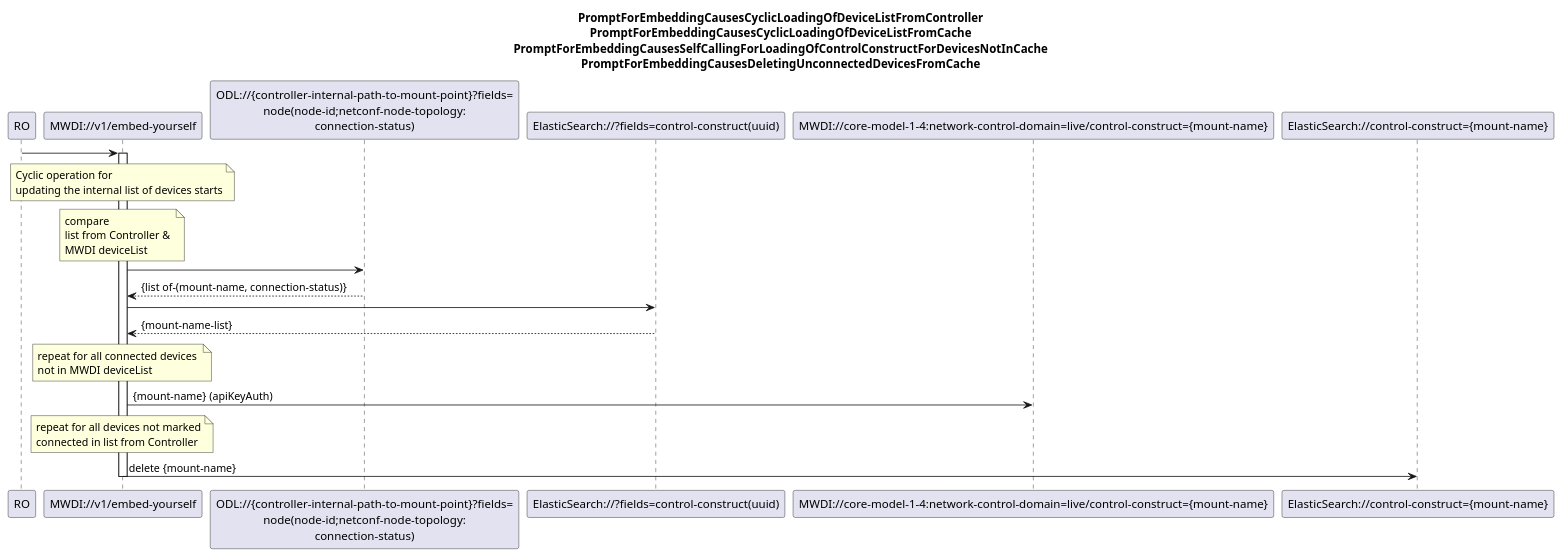
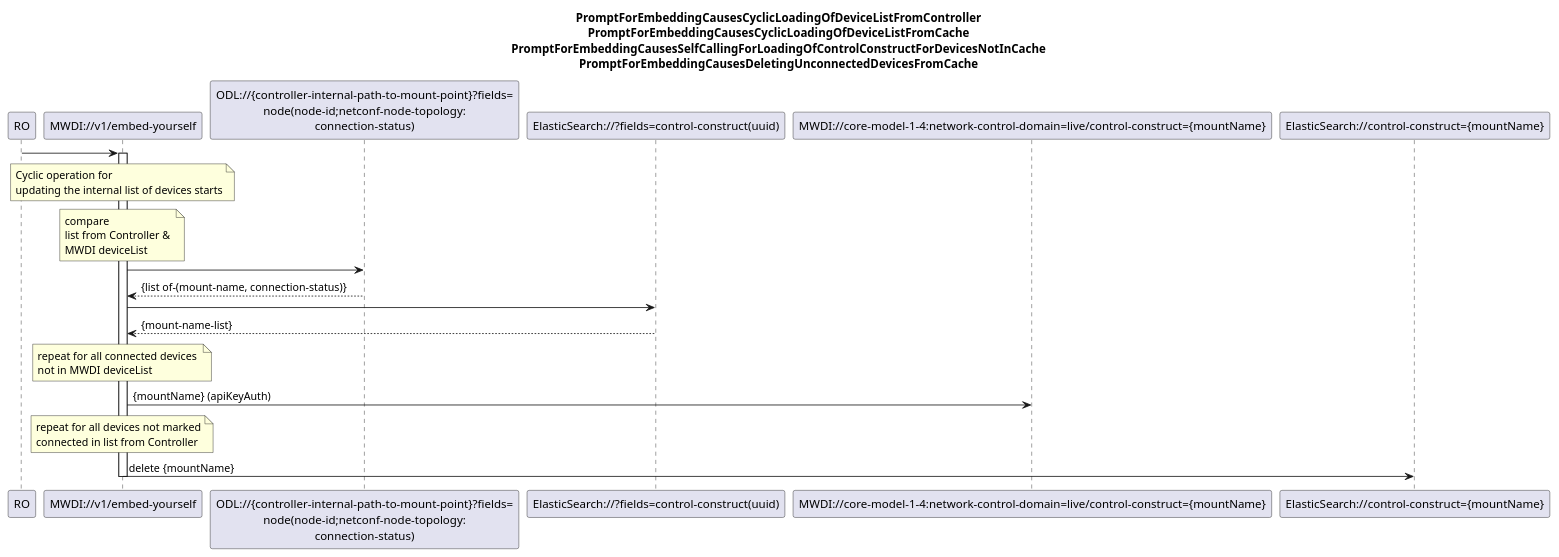
The diagram in spec/diagrams/00x_CyclicOperationBasedDeviceListSync.plantuml (openBackhaul/MicroWaveDeviceInventory), drawn with PlantUML before and after one commit. The commit also changed 11 other files, not shown here.

First line of the commit message:
Replace parameter mount-name by mountName

```diff
--- a/spec/diagrams/00x_CyclicOperationBasedDeviceListSync.plantuml
+++ b/spec/diagrams/00x_CyclicOperationBasedDeviceListSync.plantuml
@@ -1,55 +1,55 @@
 @startuml 00x_CyclicOperationBasedDeviceListSync
 skinparam responseMessageBelowArrow true
 
 title
 PromptForEmbeddingCausesCyclicLoadingOfDeviceListFromController
 PromptForEmbeddingCausesCyclicLoadingOfDeviceListFromCache
 PromptForEmbeddingCausesSelfCallingForLoadingOfControlConstructForDevicesNotInCache
 PromptForEmbeddingCausesDeletingUnconnectedDevicesFromCache
 end title
 
 participant "RO" as ro
 participant "MWDI://v1/embed-yourself" as mwdi
 participant "ODL://{controller-internal-path-to-mount-point}?fields=\nnode(node-id;netconf-node-topology:\nconnection-status)" as odlConnectionStatus
 participant "ElasticSearch://?fields=control-construct(uuid)" as ConnectedDeviceList
-participant "MWDI://core-model-1-4:network-control-domain=live/control-construct={mount-name}" as ControlConstruct
-participant "ElasticSearch://control-construct={mount-name}" as es
+participant "MWDI://core-model-1-4:network-control-domain=live/control-construct={mountName}" as ControlConstruct
+participant "ElasticSearch://control-construct={mountName}" as es
 
 ro -> mwdi
 activate mwdi
 
 note over mwdi
 Cyclic operation for 
 updating the internal list of devices starts
 end note
 
 note over mwdi
 compare 
 list from Controller & 
 MWDI deviceList
 end note
 
 'get deviceList from Controller
 mwdi -> odlConnectionStatus
 odlConnectionStatus --> mwdi: {list of-(mount-name, connection-status)}
 
 'get MWDI deviceList from ElasticSearch
 mwdi -> ConnectedDeviceList
 ConnectedDeviceList --> mwdi: {mount-name-list}
 
 note over mwdi
 repeat for all connected devices 
 not in MWDI deviceList
 end note
 
-mwdi -> ControlConstruct: {mount-name} (apiKeyAuth)
+mwdi -> ControlConstruct: {mountName} (apiKeyAuth)
 
 note over mwdi
 repeat for all devices not marked
 connected in list from Controller
 end note
 
-mwdi -> es: delete {mount-name}
+mwdi -> es: delete {mountName}
 deactivate mwdi
 
 @enduml
```
